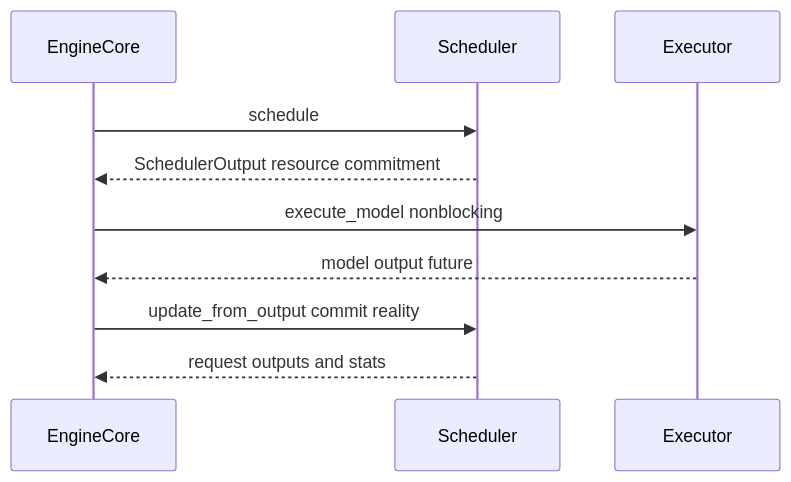
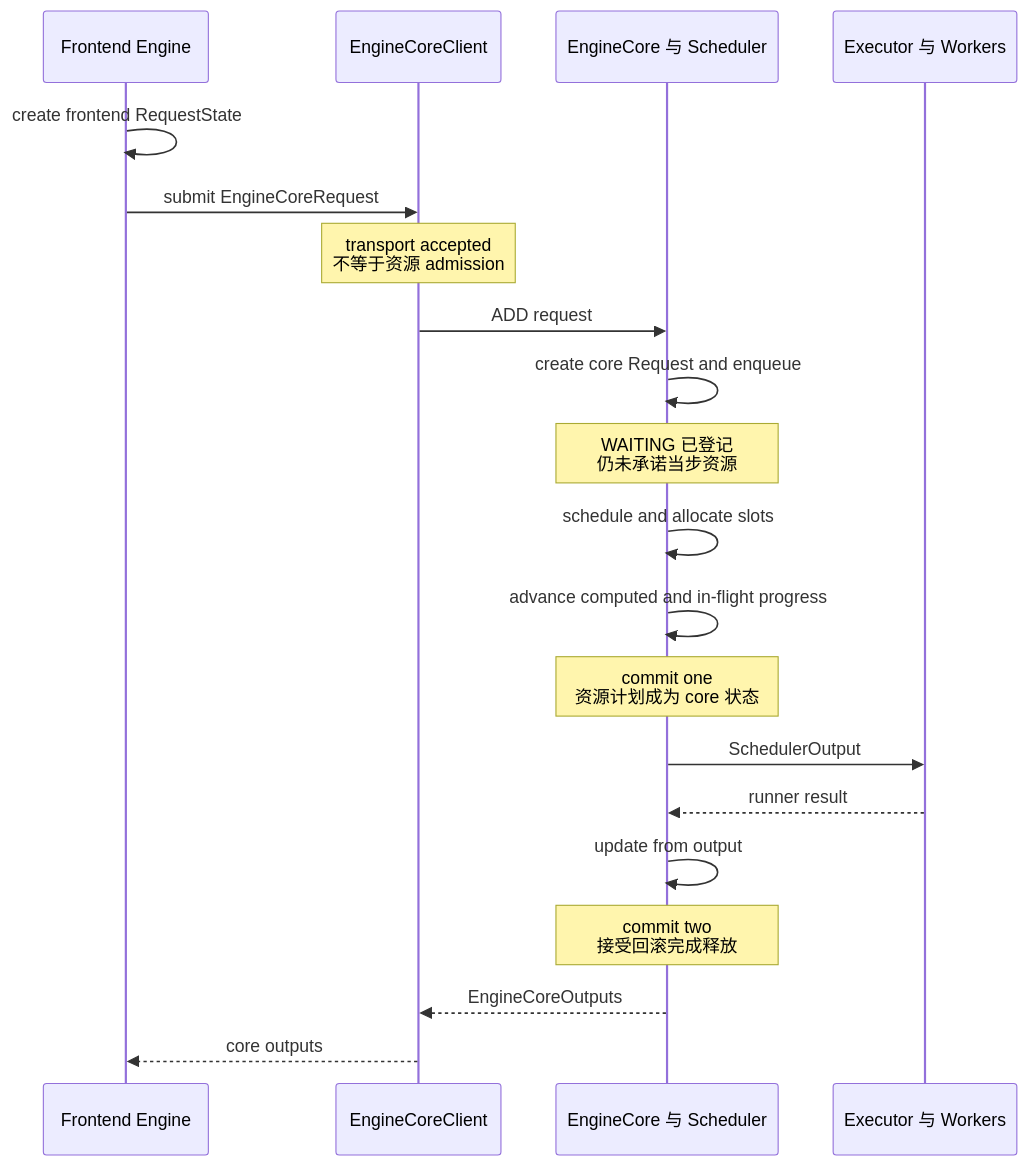
Before and after one commit to suhaibo666/llm-knowledge: the second of 2 diagrams in wiki/02_engineering/03_infer_frameworks/vllm/10_vllm_engine_architecture_analysis.md, drawn with Mermaid. The commit also changed other lines of this file, not shown here.

Commit message:
docs(vllm): rebuild engine ownership analysis

````diff
--- a/wiki/02_engineering/03_infer_frameworks/vllm/10_vllm_engine_architecture_analysis.md
+++ b/wiki/02_engineering/03_infer_frameworks/vllm/10_vllm_engine_architecture_analysis.md
@@ -99,12 +122,23 @@
 ```mermaid
 sequenceDiagram
-  participant C as EngineCore
-  participant S as Scheduler
-  participant E as Executor
-  C->>S: schedule
-  S-->>C: SchedulerOutput resource commitment
-  C->>E: execute_model nonblocking
-  E-->>C: model output future
-  C->>S: update_from_output commit reality
-  S-->>C: request outputs and stats
+    participant F as Frontend Engine
+    participant C as EngineCoreClient
+    participant S as EngineCore 与 Scheduler
+    participant E as Executor 与 Workers
+
+    F->>F: create frontend RequestState
+    F->>C: submit EngineCoreRequest
+    Note over C: transport accepted<br/>不等于资源 admission
+    C->>S: ADD request
+    S->>S: create core Request and enqueue
+    Note over S: WAITING 已登记<br/>仍未承诺当步资源
+    S->>S: schedule and allocate slots
+    S->>S: advance computed and in-flight progress
+    Note over S: commit one<br/>资源计划成为 core 状态
+    S->>E: SchedulerOutput
+    E-->>S: runner result
+    S->>S: update from output
+    Note over S: commit two<br/>接受回滚完成释放
+    S-->>C: EngineCoreOutputs
+    C-->>F: core outputs
 ```
````
